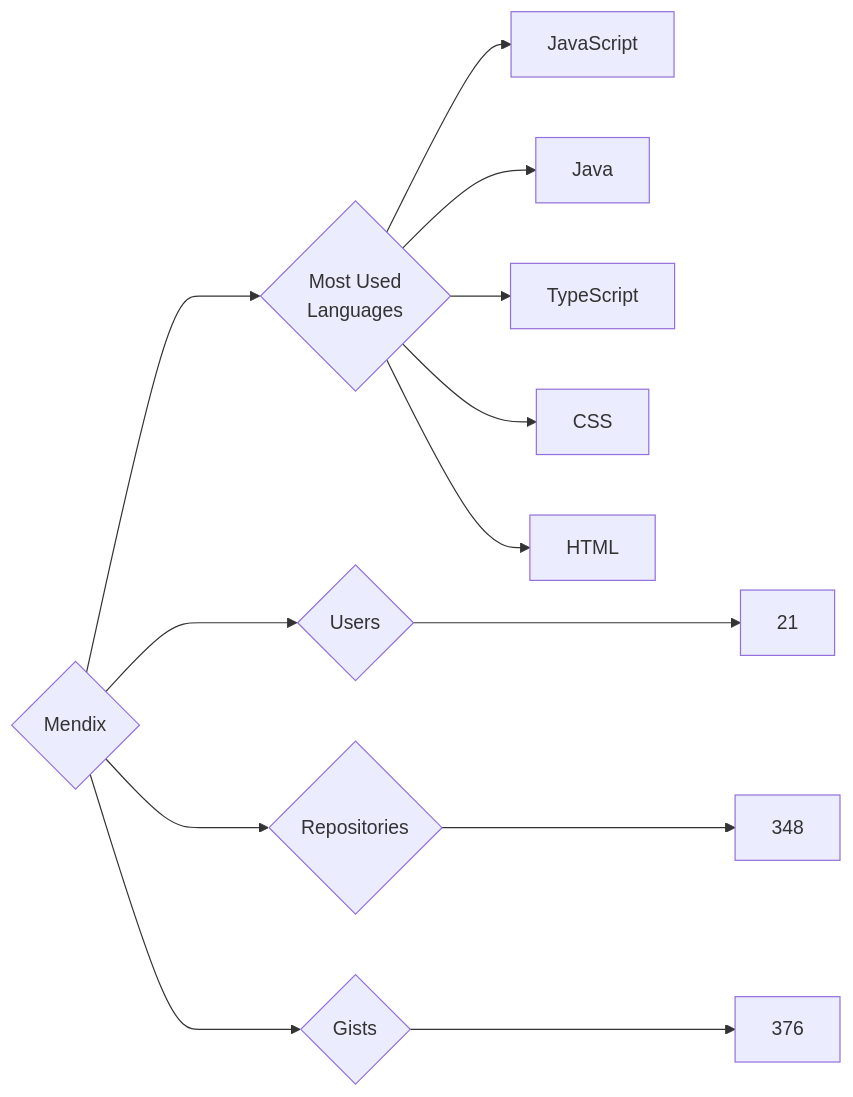
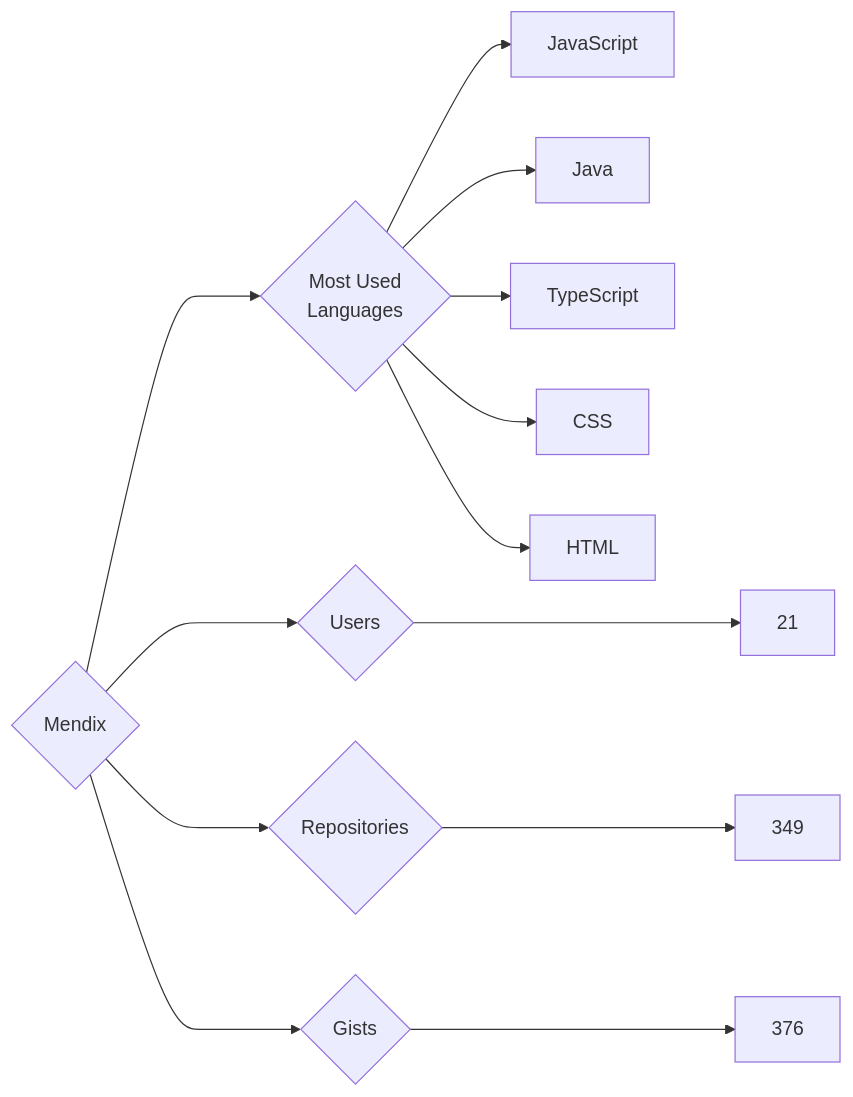
One commit to trickest/insiders changed the diagram in targets/Mendix/README.md. Above: the diagram before and after it, drawn with Mermaid. The commit also changed 835 other files, not shown here.

````diff
--- a/targets/Mendix/README.md
+++ b/targets/Mendix/README.md
@@ -3,13 +3,13 @@
 ```mermaid
 graph LR
 COMPANY_NAME{Mendix}
 COMPANY_NAME ---> U{Users} ---> UN[21]
-COMPANY_NAME ---> R{Repositories} ---> RN[348]
+COMPANY_NAME ---> R{Repositories} ---> RN[349]
 COMPANY_NAME ---> G{Gists} ---> GN[376]
 COMPANY_NAME ---> ML{Most Used<br>Languages}
 ML --> JavaScript[JavaScript]
 ML --> Java[Java]
 ML --> TypeScript[TypeScript]
 ML --> CSS[CSS]
 ML --> HTML[HTML]
 ```
````
